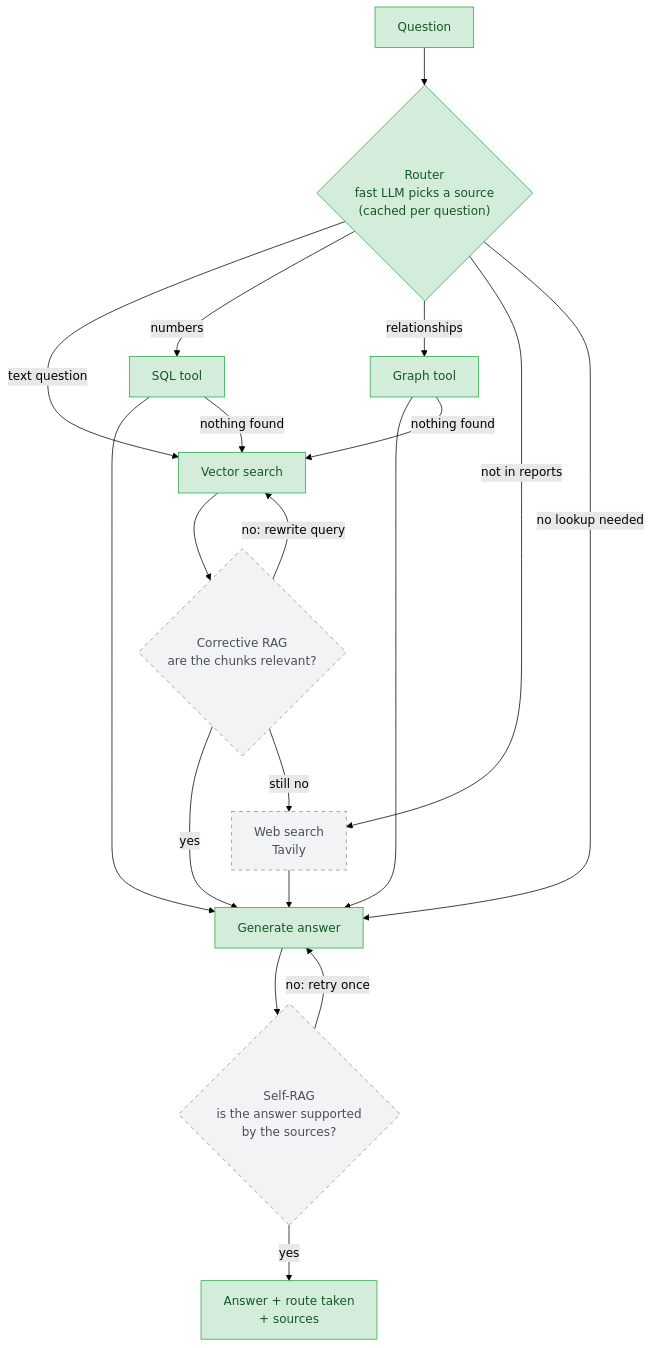
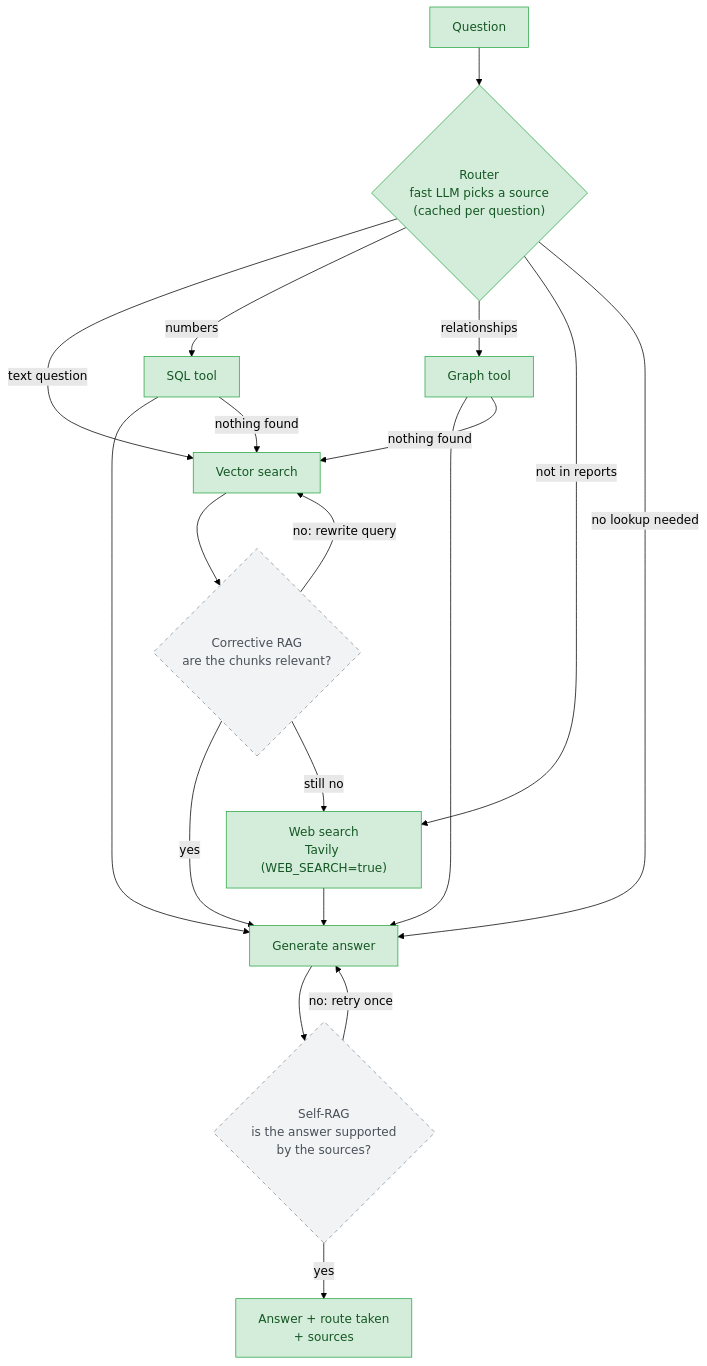
The fifth of 6 diagrams in README.md (madeleine68/Reportlens), drawn with Mermaid (forest theme) before and after one commit. The commit also changed other lines of this file and 9 other files, not shown here.

First line of the commit message:
Phase 4: Tavily web search, off by default; broken tools fall back to text

````diff
--- a/README.md
+++ b/README.md
@@ -282,26 +282,26 @@
 ```mermaid
 flowchart TD
     q["Question"] --> router{"Router<br/>fast LLM picks a source<br/>(cached per question)"}
     router -->|"text question"| vec["Vector search"]
     router -->|"numbers"| sql["SQL tool"]
     router -->|"relationships"| kg["Graph tool"]
-    router -->|"not in reports"| web["Web search<br/>Tavily"]
+    router -->|"not in reports"| web["Web search<br/>Tavily (WEB_SEARCH=true)"]
     router -->|"no lookup needed"| gen
     vec --> grade{"Corrective RAG<br/>are the chunks relevant?"}
     grade -->|"yes"| gen["Generate answer"]
     grade -->|"no: rewrite query"| vec
     grade -->|"still no"| web
     sql --> gen
     kg --> gen
     sql -->|"nothing found"| vec
     kg -->|"nothing found"| vec
     web --> gen
     gen --> check{"Self-RAG<br/>is the answer supported<br/>by the sources?"}
     check -->|"yes"| out["Answer + route taken<br/>+ sources"]
     check -->|"no: retry once"| gen
 
     classDef planned fill:#f1f3f5,stroke:#868e96,color:#495057,stroke-dasharray: 5 5
     classDef done fill:#d4edda,stroke:#28a745,color:#155724
-    class q,router,vec,sql,kg,gen,out done
-    class web,grade,check planned
+    class q,router,vec,sql,kg,gen,out,web done
+    class grade,check planned
 ```
````
